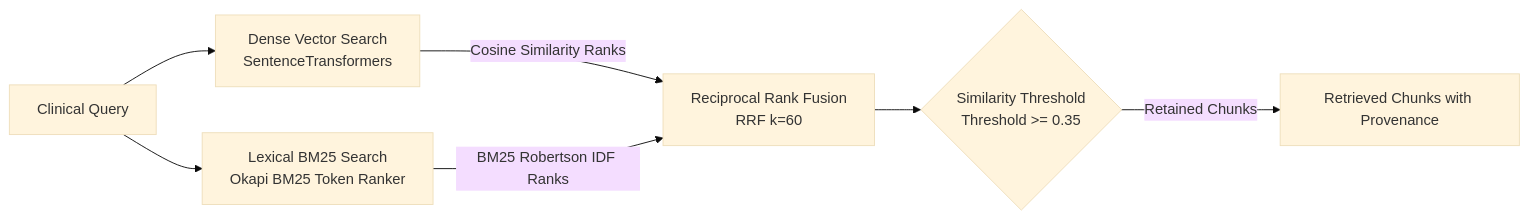
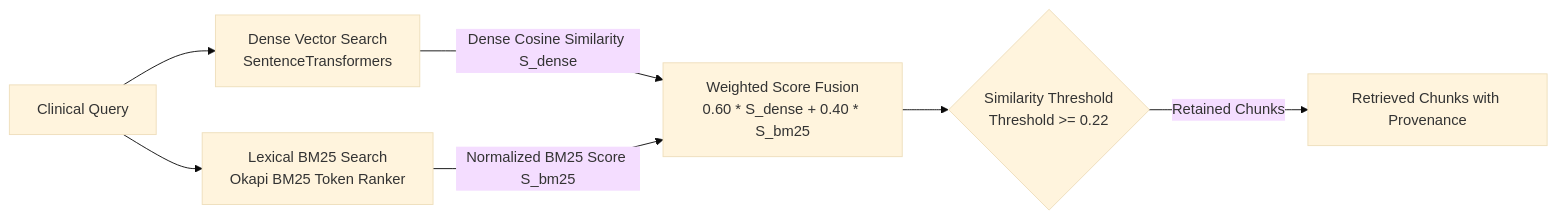
One commit to AbhijeetArunGore/Agentic_Medical_RAG changed the second of 2 diagrams in ARCHITECTURE.md. Above: the diagram before and after it, drawn with Mermaid (base theme). The commit also changed other lines of this file and 27 other files, not shown here.

````diff
--- a/ARCHITECTURE.md
+++ b/ARCHITECTURE.md
@@ -84,11 +84,11 @@
 ```mermaid
 flowchart LR
     Q[Clinical Query] --> Dense[Dense Vector Search\nSentenceTransformers]
     Q --> Lexical[Lexical BM25 Search\nOkapi BM25 Token Ranker]
 
-    Dense -->|Cosine Similarity Ranks| RRF[Reciprocal Rank Fusion\nRRF k=60]
-    Lexical -->|BM25 Robertson IDF Ranks| RRF
+    Dense -->|Dense Cosine Similarity S_dense| Fusion[Weighted Score Fusion\n0.60 * S_dense + 0.40 * S_bm25]
+    Lexical -->|Normalized BM25 Score S_bm25| Fusion
 
-    RRF --> Filter{Similarity Threshold\nThreshold >= 0.35}
+    Fusion --> Filter{Similarity Threshold\nThreshold >= 0.22}
     Filter -->|Retained Chunks| Output[Retrieved Chunks with Provenance]
 ```
````
